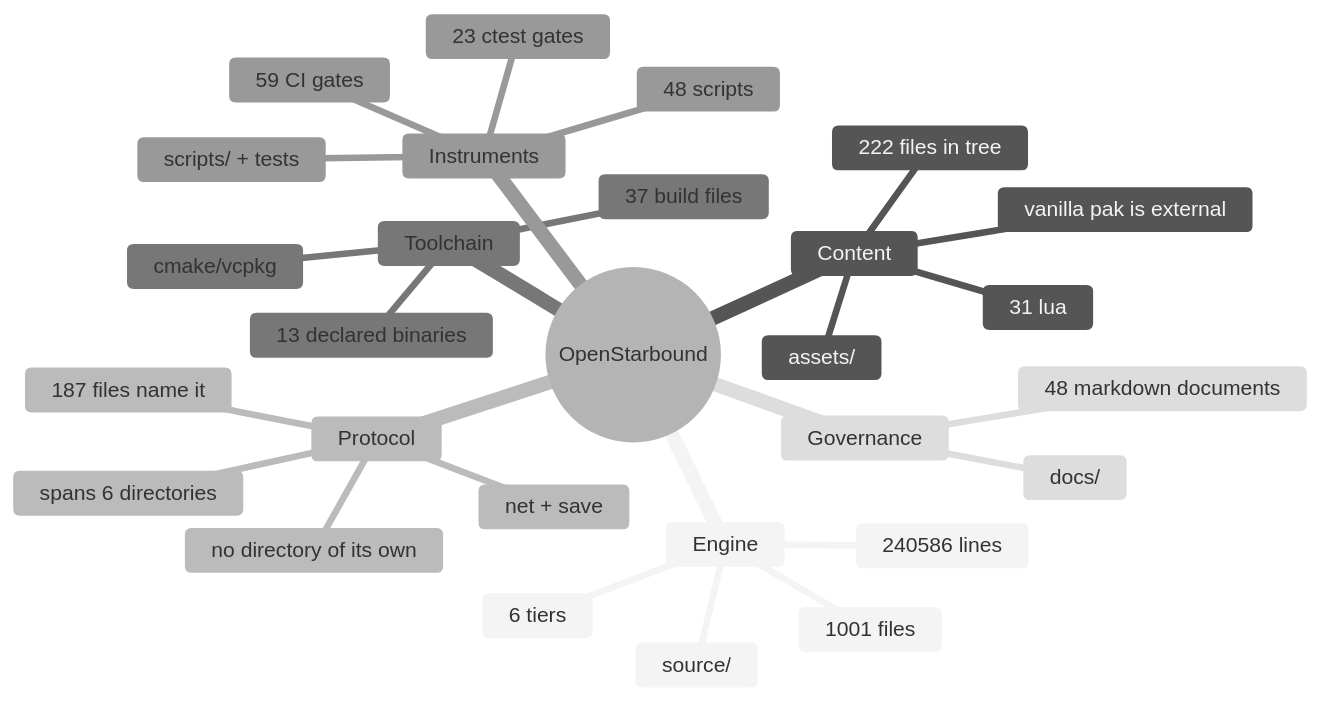
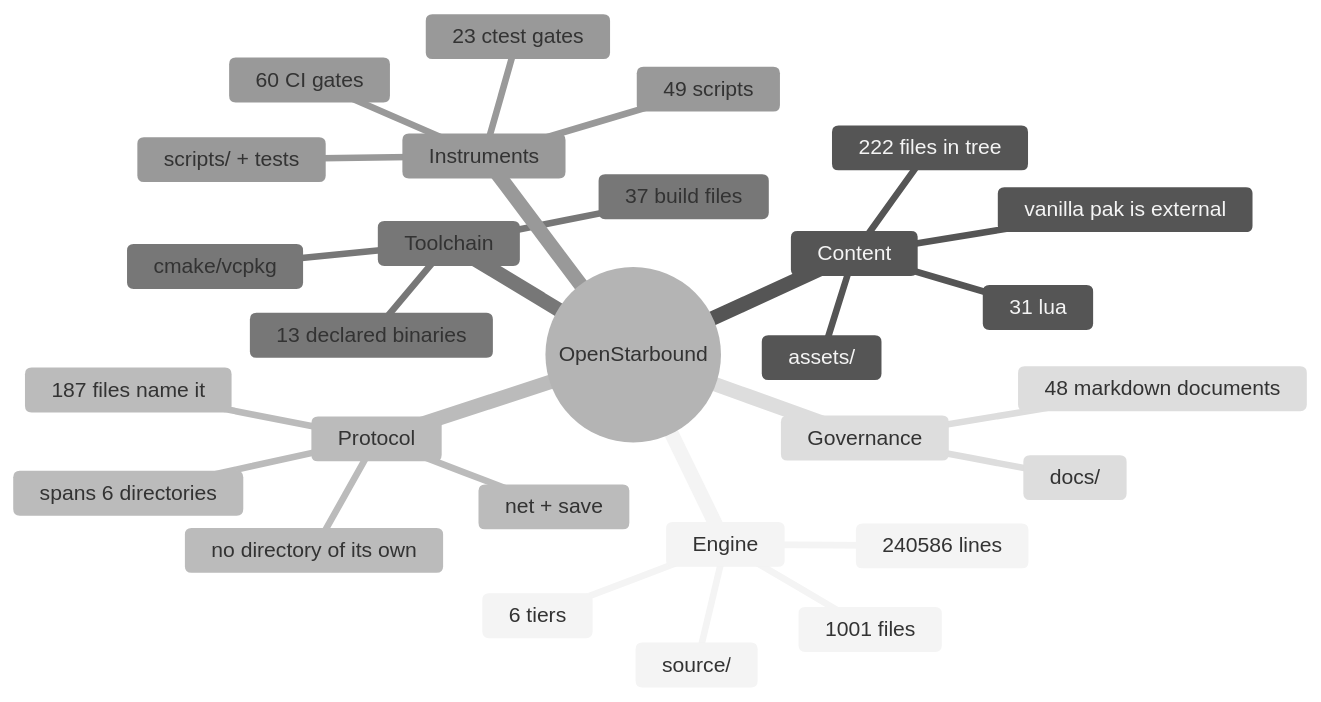
Before and after one commit to apnex/OpenStarbound: the second of 11 diagrams in docs/architecture/system-boundaries.md, drawn with Mermaid (neutral theme). The commit also changed 4 other files, not shown here.

````diff
--- a/docs/architecture/system-boundaries.md
+++ b/docs/architecture/system-boundaries.md
@@ -166,31 +166,31 @@
 ```mermaid
 mindmap
   root((OpenStarbound))
     Engine
       source/
       1001 files
       240586 lines
       6 tiers
     Content
       assets/
       222 files in tree
       31 lua
       vanilla pak is external
     Protocol
       net + save
       187 files name it
       spans 6 directories
       no directory of its own
     Toolchain
       cmake/vcpkg
       37 build files
       13 declared binaries
     Instruments
       scripts/ + tests
-      48 scripts
+      49 scripts
       23 ctest gates
-      59 CI gates
+      60 CI gates
     Governance
       docs/
       48 markdown documents
 ```
````
